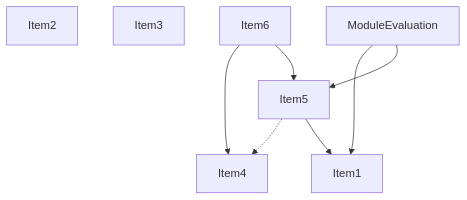
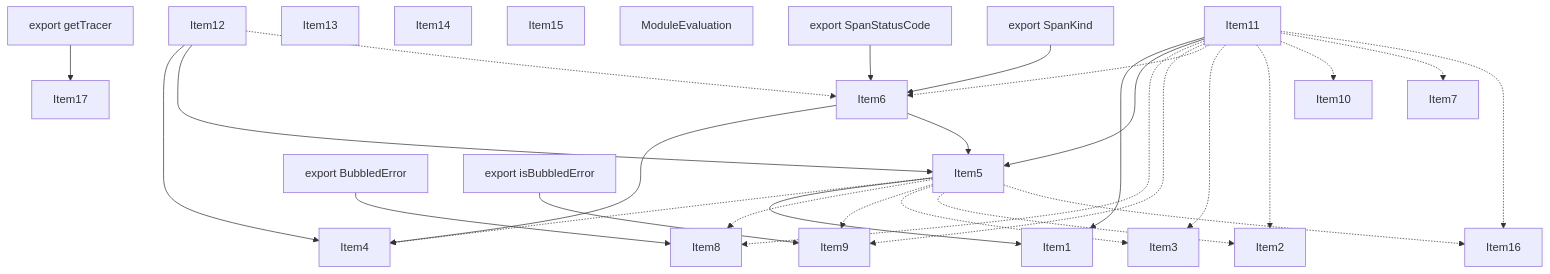
The second of 5 diagrams in crates/turbopack-ecmascript/tests/tree-shaker/analyzer/nextjs-tracer/output.md (vercel/turborepo), drawn with Mermaid before and after one commit. The commit also changed other lines of this file and 1 other file, not shown here.

````diff
--- a/crates/turbopack-ecmascript/tests/tree-shaker/analyzer/nextjs-tracer/output.md
+++ b/crates/turbopack-ecmascript/tests/tree-shaker/analyzer/nextjs-tracer/output.md
@@ -119,17 +401,59 @@
 ```mermaid
 graph TD
     Item1;
     Item2;
     Item3;
     Item4;
     Item5;
     Item6;
     Item7;
-    Item7["ModuleEvaluation"];
+    Item8;
+    Item9;
+    Item10;
+    Item11;
+    Item12;
+    Item13;
+    Item14;
+    Item15;
+    Item16;
+    Item17;
+    Item18;
+    Item18["ModuleEvaluation"];
+    Item19;
+    Item19["export BubbledError"];
+    Item20;
+    Item20["export isBubbledError"];
+    Item21;
+    Item21["export getTracer"];
+    Item22;
+    Item22["export SpanStatusCode"];
+    Item23;
+    Item23["export SpanKind"];
     Item5 -.-> Item4;
     Item5 --> Item1;
+    Item5 -.-> Item8;
+    Item5 -.-> Item9;
+    Item5 -.-> Item3;
+    Item5 -.-> Item2;
+    Item5 -.-> Item16;
     Item6 --> Item4;
     Item6 --> Item5;
-    Item7 --> Item1;
-    Item7 --> Item5;
+    Item11 --> Item1;
+    Item11 --> Item5;
+    Item11 -.-> Item8;
+    Item11 -.-> Item9;
+    Item11 -.-> Item6;
+    Item11 -.-> Item3;
+    Item11 -.-> Item2;
+    Item11 -.-> Item10;
+    Item11 -.-> Item7;
+    Item11 -.-> Item16;
+    Item12 --> Item4;
+    Item12 --> Item5;
+    Item12 -.-> Item6;
+    Item19 --> Item8;
+    Item20 --> Item9;
+    Item21 --> Item17;
+    Item22 --> Item6;
+    Item23 --> Item6;
 ```
````
